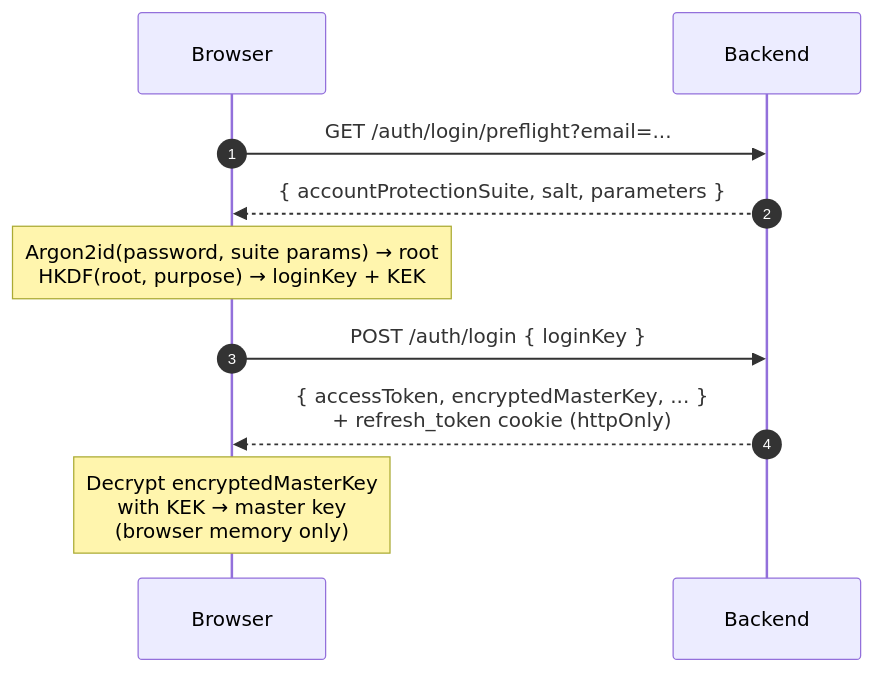
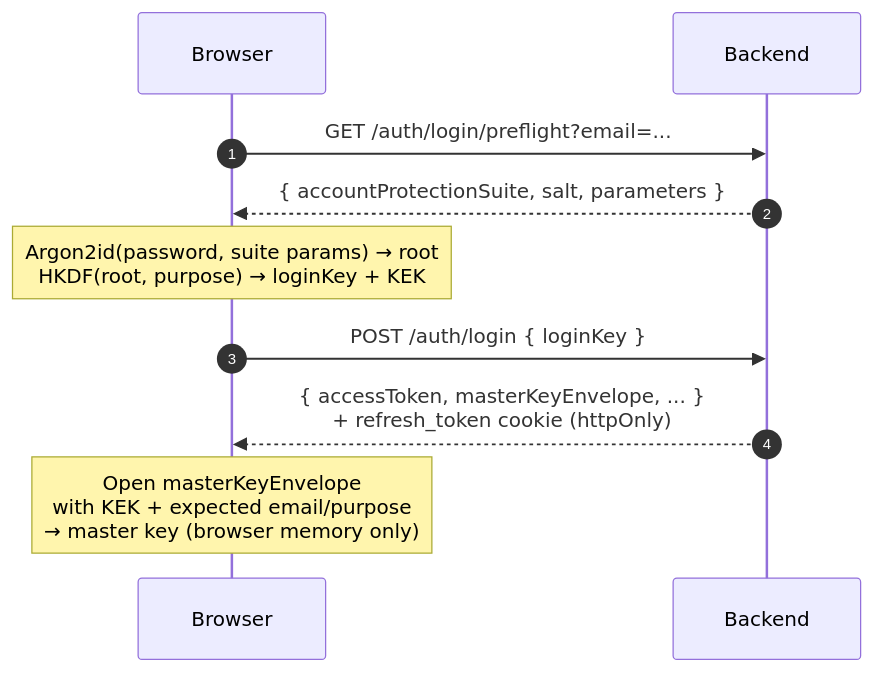
Before and after one commit to kutupbt/kutup: the second of 4 diagrams in docs/architecture.md, drawn with Mermaid. The commit also changed other lines of this file and 282 other files, not shown here.

````diff
--- a/docs/architecture.md
+++ b/docs/architecture.md
@@ -93,13 +107,13 @@
 ```mermaid
 sequenceDiagram
     autonumber
     participant B as Browser
     participant S as Backend
 
     B->>S: GET /auth/login/preflight?email=...
     S-->>B: { accountProtectionSuite, salt, parameters }
     Note over B: Argon2id(password, suite params) → root<br/>HKDF(root, purpose) → loginKey + KEK
     B->>S: POST /auth/login { loginKey }
-    S-->>B: { accessToken, encryptedMasterKey, ... }<br/>+ refresh_token cookie (httpOnly)
-    Note over B: Decrypt encryptedMasterKey<br/>with KEK → master key<br/>(browser memory only)
+    S-->>B: { accessToken, masterKeyEnvelope, ... }<br/>+ refresh_token cookie (httpOnly)
+    Note over B: Open masterKeyEnvelope<br/>with KEK + expected email/purpose<br/>→ master key (browser memory only)
 ```
````
